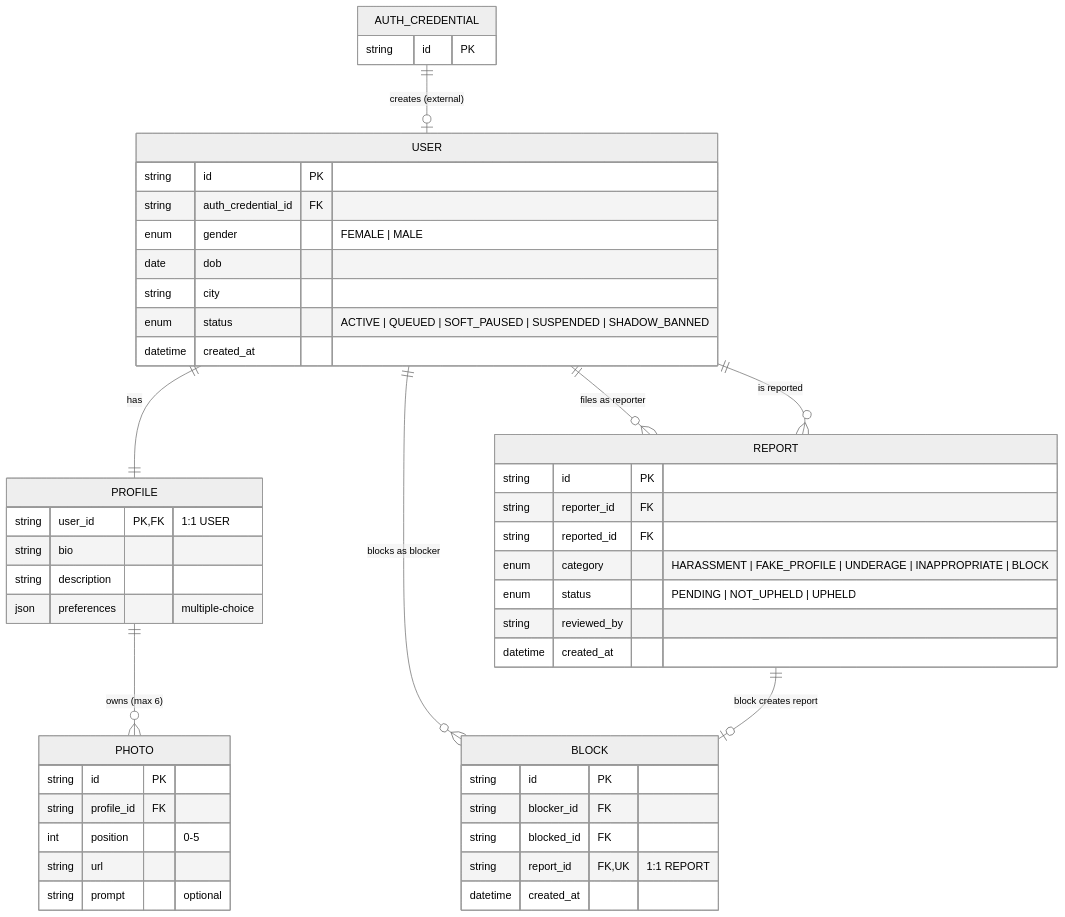
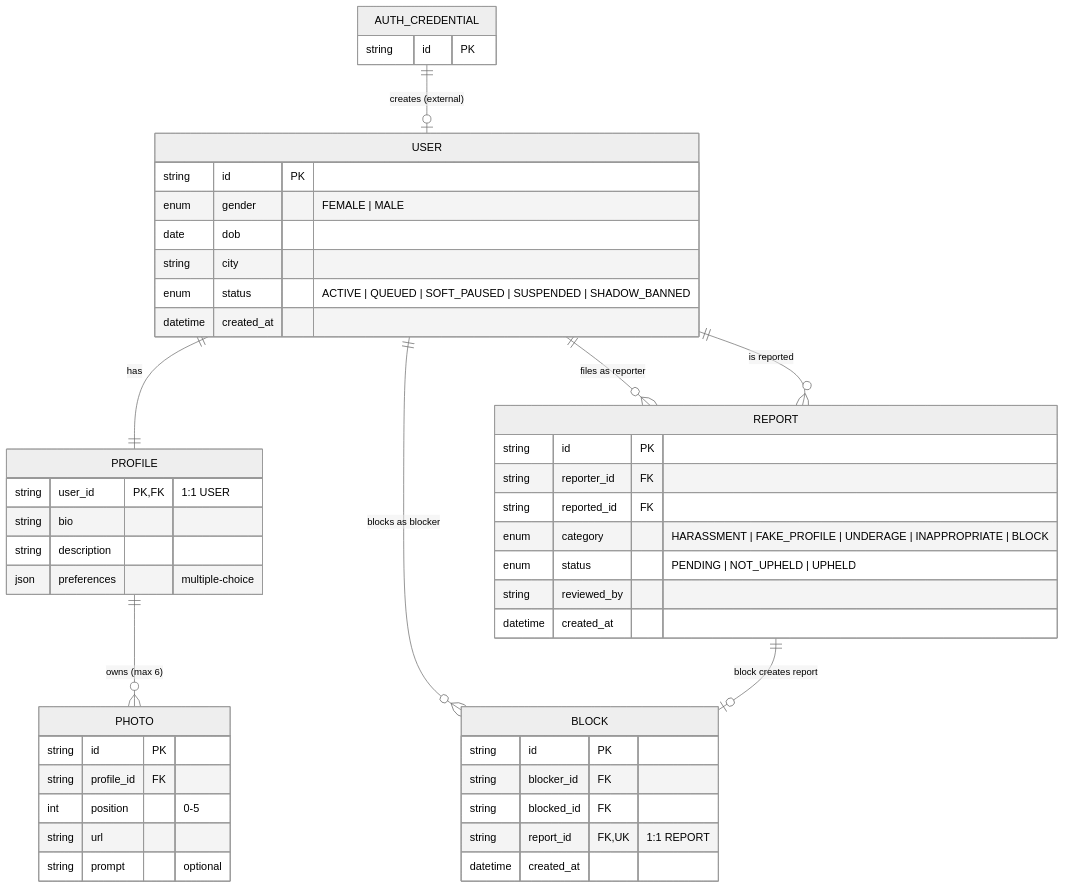
Before and after one commit to cheetah-org/fold-design: the second of 8 diagrams in entities/er-diagram.md, drawn with Mermaid (neutral theme). The commit also changed other lines of this file, not shown here.

````diff
--- a/entities/er-diagram.md
+++ b/entities/er-diagram.md
@@ -215,56 +214,55 @@
 ```mermaid
 erDiagram
     %% Owned entities
     USER {
         string id PK
-        string auth_credential_id FK
         enum gender "FEMALE | MALE"
         date dob
         string city
         enum status "ACTIVE | QUEUED | SOFT_PAUSED | SUSPENDED | SHADOW_BANNED"
         datetime created_at
     }
     PROFILE {
         string user_id PK, FK "1:1 USER"
         string bio
         string description
         json preferences "multiple-choice"
     }
     PHOTO {
         string id PK
         string profile_id FK
         int position "0-5"
         string url
         string prompt "optional"
     }
     REPORT {
         string id PK
         string reporter_id FK
         string reported_id FK
         enum category "HARASSMENT | FAKE_PROFILE | UNDERAGE | INAPPROPRIATE | BLOCK"
         enum status "PENDING | NOT_UPHELD | UPHELD"
         string reviewed_by
         datetime created_at
     }
     BLOCK {
         string id PK
         string blocker_id FK
         string blocked_id FK
         string report_id FK, UK "1:1 REPORT"
         datetime created_at
     }
 
     %% External reference (owned by Auth Service)
     AUTH_CREDENTIAL {
         string id PK
     }
 
     %% Relationships
     AUTH_CREDENTIAL ||--o| USER : "creates (external)"
     USER ||--|| PROFILE : "has"
     PROFILE ||--o{ PHOTO : "owns (max 6)"
     USER ||--o{ REPORT : "files as reporter"
     USER ||--o{ REPORT : "is reported"
     USER ||--o{ BLOCK : "blocks as blocker"
     REPORT ||--o| BLOCK : "block creates report"
 ```
````
